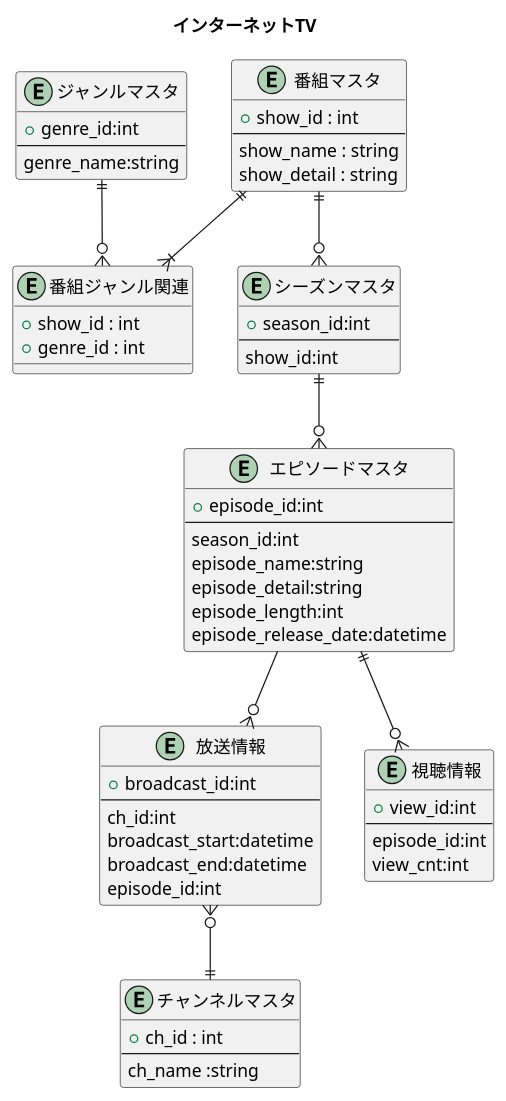
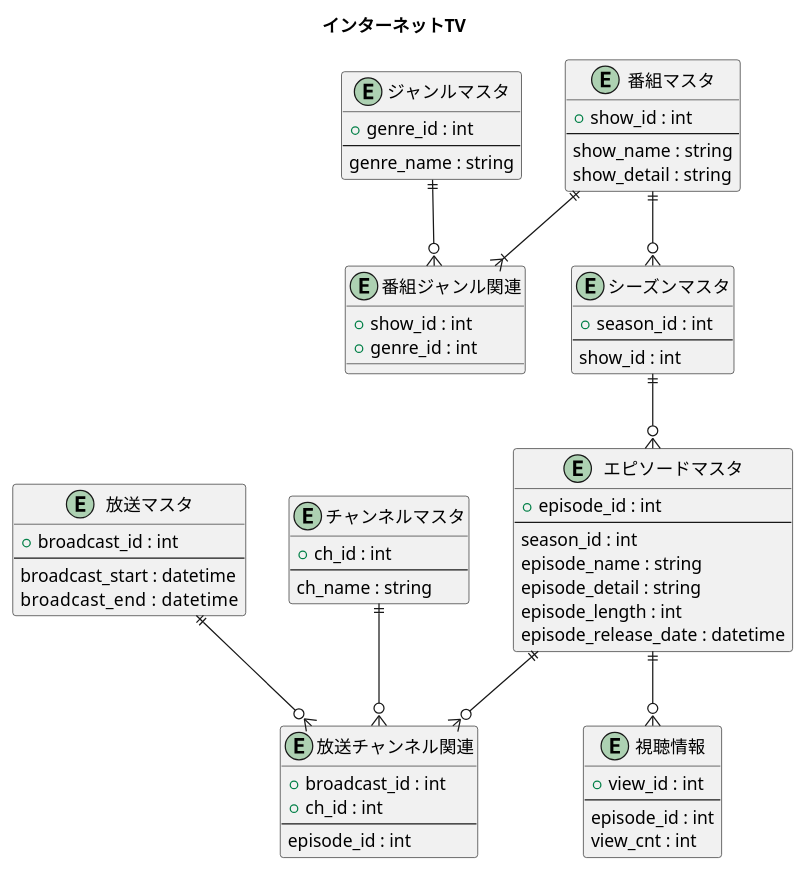
Before and after one commit to ryuseim1115/apprentice-term2: the diagram in internet_tv_er.pu, drawn with PlantUML. The commit also changed 4 other files, not shown here.

```diff
--- a/internet_tv_er.pu
+++ b/internet_tv_er.pu
@@ -1,76 +1,92 @@
-@startuml test
+@startuml TERM2
 title インターネットTV
 
-entity "放送情報" as broadcast{
-    + broadcast_id:int
+' ====================
+' 番組・ジャンル系
+' ====================
+entity "番組マスタ" as show_master {
+    + show_id : int
     --
-    ch_id:int
-    broadcast_start:datetime
-    broadcast_end:datetime
-    episode_id:int
+    show_name : string
+    show_detail : string  
 }
 
-
-
-entity "エピソードマスタ" as episode_master{
-    +episode_id:int
+entity "ジャンルマスタ" as genre_master{
+    + genre_id : int
     --
-    season_id:int
-    episode_name:string
-    episode_detail:string
-    episode_length:int
-    episode_release_date:datetime
+    genre_name : string
 }
 
 entity "番組ジャンル関連" as show_genre {
     + show_id : int
     + genre_id : int
 }
 
+' ====================
+' シーズン・エピソード系
+' ====================
+entity "シーズンマスタ" as season_master {
+    + season_id : int
+    --
+    show_id : int
+}
 
+entity "エピソードマスタ" as episode_master{
+    + episode_id : int
+    --
+    season_id : int
+    episode_name : string
+    episode_detail : string
+    episode_length : int
+    episode_release_date : datetime
+}
 
+' ====================
+' 放送・チャンネル系
+' ====================
+entity "放送マスタ" as broadcast_master {
+    + broadcast_id : int
+    --
+    broadcast_start : datetime
+    broadcast_end   : datetime
+}
 
 entity "チャンネルマスタ" as ch_master {
     + ch_id : int
     --
-    ch_name :string
-}
-entity "ジャンルマスタ" as genre_master{
-    +genre_id:int
-    --
-    genre_name:string
-}
-entity "番組マスタ" as show_master {
-    + show_id : int
-    --
-    show_name : string
-    show_detail : string  
+    ch_name : string
 }
 
-entity "シーズンマスタ" as season_master {
-    +season_id:int
+entity "放送チャンネル関連" as broadcast_ch{
+    + broadcast_id : int
+    + ch_id : int
     --
-    show_id:int
+    episode_id : int
 }
 
-
-
+' ====================
+' 視聴実績系
+' ====================
 entity "視聴情報" as view_info {
-   +view_id:int
+   + view_id : int
    --
-   episode_id:int
-   view_cnt:int
+   episode_id : int
+   view_cnt : int
 }
 
-episode_master --o{ broadcast
-episode_master||--o{ view_info
-season_master ||--o{ episode_master
-show_master||--o{season_master
+' ====================
+' リレーション
+' ====================
+show_master   ||--o{ season_master
+season_master||--o{ episode_master
 
-broadcast }o--|| ch_master
+episode_master ||--o{ broadcast_ch
+broadcast_master ||--o{ broadcast_ch
+ch_master ||--o{ broadcast_ch
 
-
+episode_master ||--o{ view_info
 
 show_master ||--|{ show_genre
 genre_master ||--o{ show_genre
+
 @enduml
```
